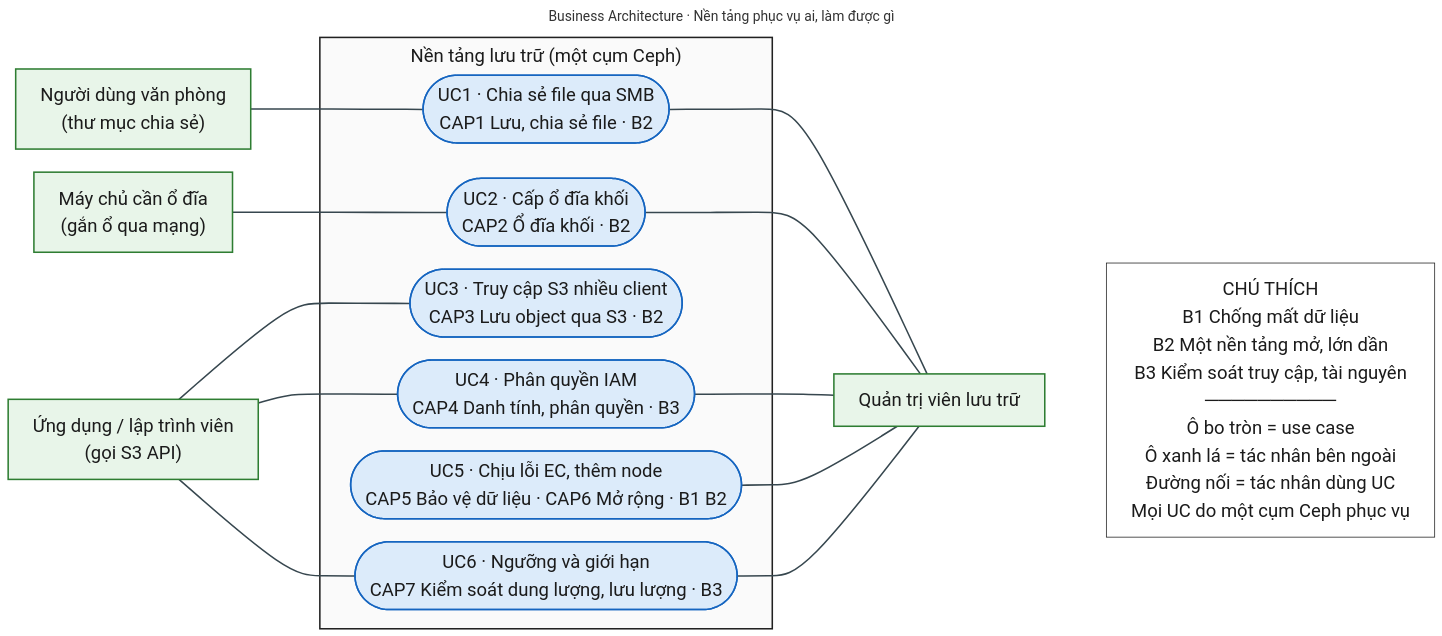
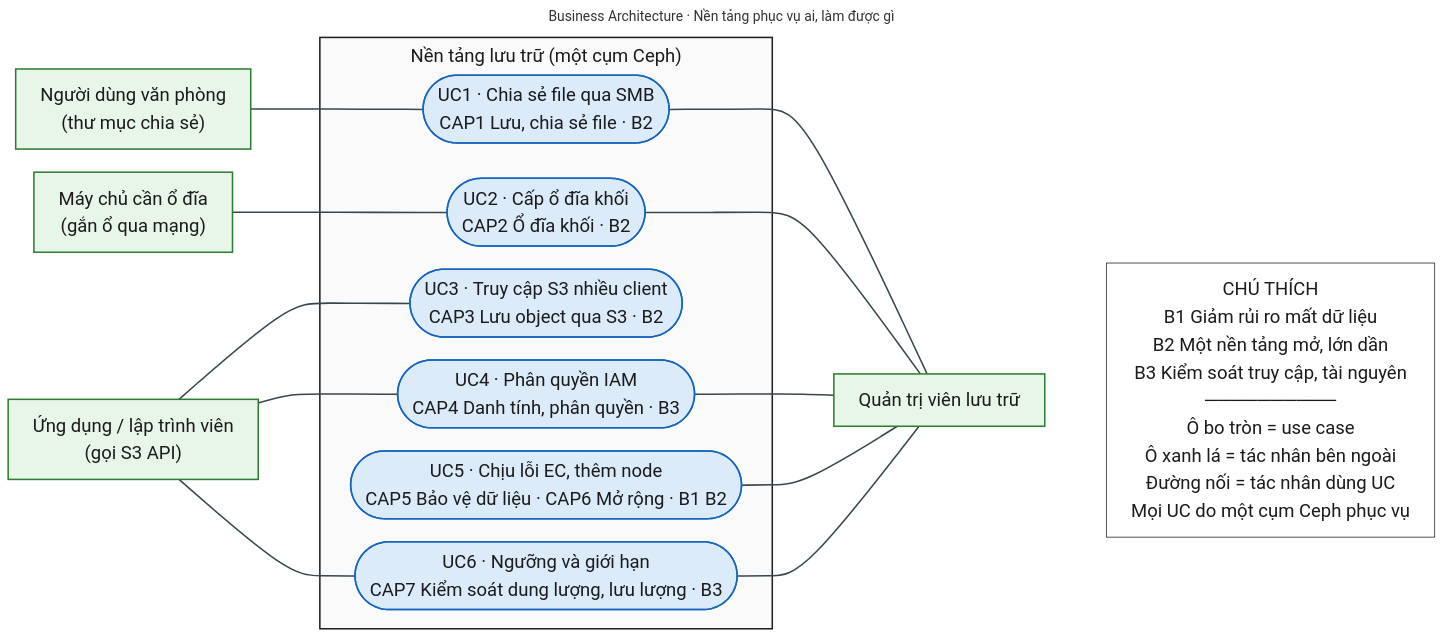
The diagram in NT132-P2-kien-truc/slide06-business.mmd (HDungg925/Project), drawn with Mermaid before and after one commit. The commit also changed 9 other files, not shown here.

```diff
--- a/NT132-P2-kien-truc/slide06-business.mmd
+++ b/NT132-P2-kien-truc/slide06-business.mmd
@@ -1,58 +1,58 @@
 ---
 title: "Business Architecture · Nền tảng phục vụ ai, làm được gì"
 config:
   layout: dagre
   theme: base
   themeVariables: {"fontSize": "24px", "fontFamily": "Arial, Helvetica, sans-serif", "lineColor": "#37474F"}
   themeCSS: ".flowchartTitleText { font-size: 34px; font-weight: bold; }"
   flowchart: {"curve": "basis", "wrappingWidth": 650, "nodeSpacing": 30, "rankSpacing": 80, "padding": 16, "subGraphTitleMargin": {"top": 6, "bottom": 18}}
 ---
 flowchart LR
     %% ===== BẢNG MÀU CHUNG v3 (dùng lại nguyên khối này cho slide 7-10) =====
     %% gateway (cam) = thành phần dịch giao thức client sang Ceph (RGW, Samba); thay cho màu TrueNAS cũ
     classDef client  fill:#E8F5E9,stroke:#2E7D32,stroke-width:2px,color:#1B1B1B
     classDef gateway fill:#FFE0B2,stroke:#E65100,stroke-width:2px,color:#1B1B1B
     classDef ceph    fill:#DCEBFA,stroke:#1565C0,stroke-width:2px,color:#1B1B1B
     classDef infra   fill:#EDE7F6,stroke:#4527A0,stroke-width:2px,color:#1B1B1B
     classDef should  fill:#F5F5F5,stroke:#616161,stroke-width:2px,stroke-dasharray:6 4,color:#424242
     classDef note    fill:#FFFFFF,stroke:#212121,stroke-width:1px,color:#1B1B1B
 
     %% ===== Tác nhân bên trái =====
     ACT_OFF["Người dùng văn phòng<br/>(thư mục chia sẻ)"]
     ACT_SRV["Máy chủ cần ổ đĩa<br/>(gắn ổ qua mạng)"]
     ACT_APP["Ứng dụng / lập trình viên<br/>(gọi S3 API)"]
 
     %% ===== Ranh giới hệ thống =====
     subgraph PLATFORM["Nền tảng lưu trữ (một cụm Ceph)"]
         UC1(["UC1 · Chia sẻ file qua SMB<br/>CAP1 Lưu, chia sẻ file · B2"])
         UC2(["UC2 · Cấp ổ đĩa khối<br/>CAP2 Ổ đĩa khối · B2"])
         UC3(["UC3 · Truy cập S3 nhiều client<br/>CAP3 Lưu object qua S3 · B2"])
         UC4(["UC4 · Phân quyền IAM<br/>CAP4 Danh tính, phân quyền · B3"])
         UC5(["UC5 · Chịu lỗi EC, thêm node<br/>CAP5 Bảo vệ dữ liệu · CAP6 Mở rộng · B1 B2"])
         UC6(["UC6 · Ngưỡng và giới hạn<br/>CAP7 Kiểm soát dung lượng, lưu lượng · B3"])
     end
 
     %% ===== Tác nhân bên phải và chú thích =====
     ACT_ADM["Quản trị viên lưu trữ"]
-    LEG["CHÚ THÍCH<br/>B1 Chống mất dữ liệu<br/>B2 Một nền tảng mở, lớn dần<br/>B3 Kiểm soát truy cập, tài nguyên<br/>──────────<br/>Ô bo tròn = use case<br/>Ô xanh lá = tác nhân bên ngoài<br/>Đường nối = tác nhân dùng UC<br/>Mọi UC do một cụm Ceph phục vụ"]
+    LEG["CHÚ THÍCH<br/>B1 Giảm rủi ro mất dữ liệu<br/>B2 Một nền tảng mở, lớn dần<br/>B3 Kiểm soát truy cập, tài nguyên<br/>──────────<br/>Ô bo tròn = use case<br/>Ô xanh lá = tác nhân bên ngoài<br/>Đường nối = tác nhân dùng UC<br/>Mọi UC do một cụm Ceph phục vụ"]
 
     %% ===== Liên kết tác nhân - use case (đường thẳng, không mũi tên) =====
     ACT_OFF --- UC1
     ACT_SRV --- UC2
     ACT_APP --- UC3
     ACT_APP --- UC4
     ACT_APP --- UC6
     UC1 --- ACT_ADM
     UC2 --- ACT_ADM
     UC4 --- ACT_ADM
     UC5 --- ACT_ADM
     UC6 --- ACT_ADM
     %% Liên kết ẩn chỉ để giữ bố cục (UC5 đúng thứ tự, chú thích nằm bên phải)
     ACT_APP ~~~ UC5
     ACT_ADM ~~~ LEG
 
     linkStyle 0,1,2,3,4,5,6,7,8,9 stroke:#37474F,stroke-width:2px
     class ACT_OFF,ACT_SRV,ACT_APP,ACT_ADM client
     class UC1,UC2,UC3,UC4,UC5,UC6 ceph
     class LEG note
     style PLATFORM fill:#FAFAFA,stroke:#212121,stroke-width:2px,color:#1B1B1B
```
